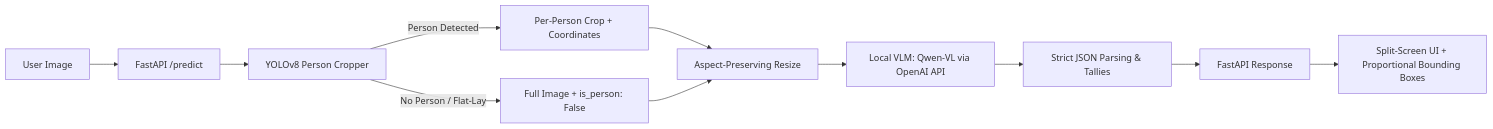
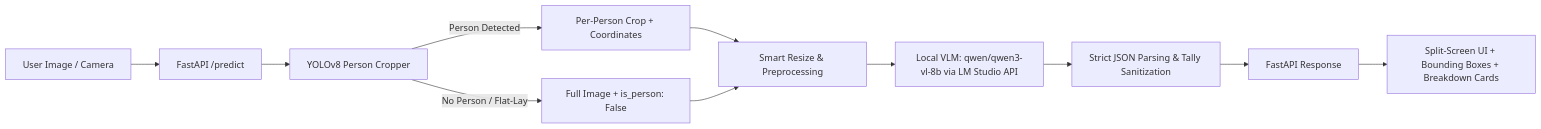
The diagram in README.md (acsuthar2006-ctrl/ResNet-Apex), drawn with Mermaid before and after one commit. The commit also changed other lines of this file and 1 other file, not shown here.

Commit message:
docs: add full LM Studio walkthrough and set model to qwen/qwen3-vl-8b

````diff
--- a/README.md
+++ b/README.md
@@ -29,13 +26,13 @@
 ```mermaid
 flowchart LR
-    A[User Image] --> B[FastAPI /predict]
+    A[User Image / Camera] --> B[FastAPI /predict]
     B --> C[YOLOv8 Person Cropper]
     C -->|Person Detected| D[Per-Person Crop + Coordinates]
     C -->|No Person / Flat-Lay| E[Full Image + is_person: False]
-    D --> F[Aspect-Preserving Resize]
+    D --> F[Smart Resize & Preprocessing]
     E --> F
-    F --> G[Local VLM: Qwen-VL via OpenAI API]
-    G --> H[Strict JSON Parsing & Tallies]
+    F --> G[Local VLM: qwen/qwen3-vl-8b via LM Studio API]
+    G --> H[Strict JSON Parsing & Tally Sanitization]
     H --> I[FastAPI Response]
-    I --> J[Split-Screen UI + Proportional Bounding Boxes]
+    I --> J[Split-Screen UI + Bounding Boxes + Breakdown Cards]
 ```
````
